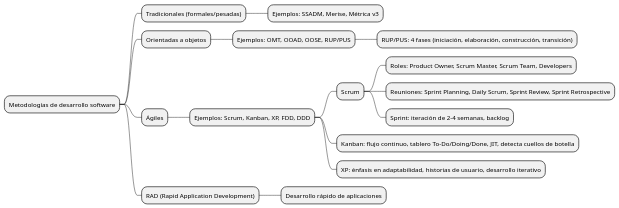
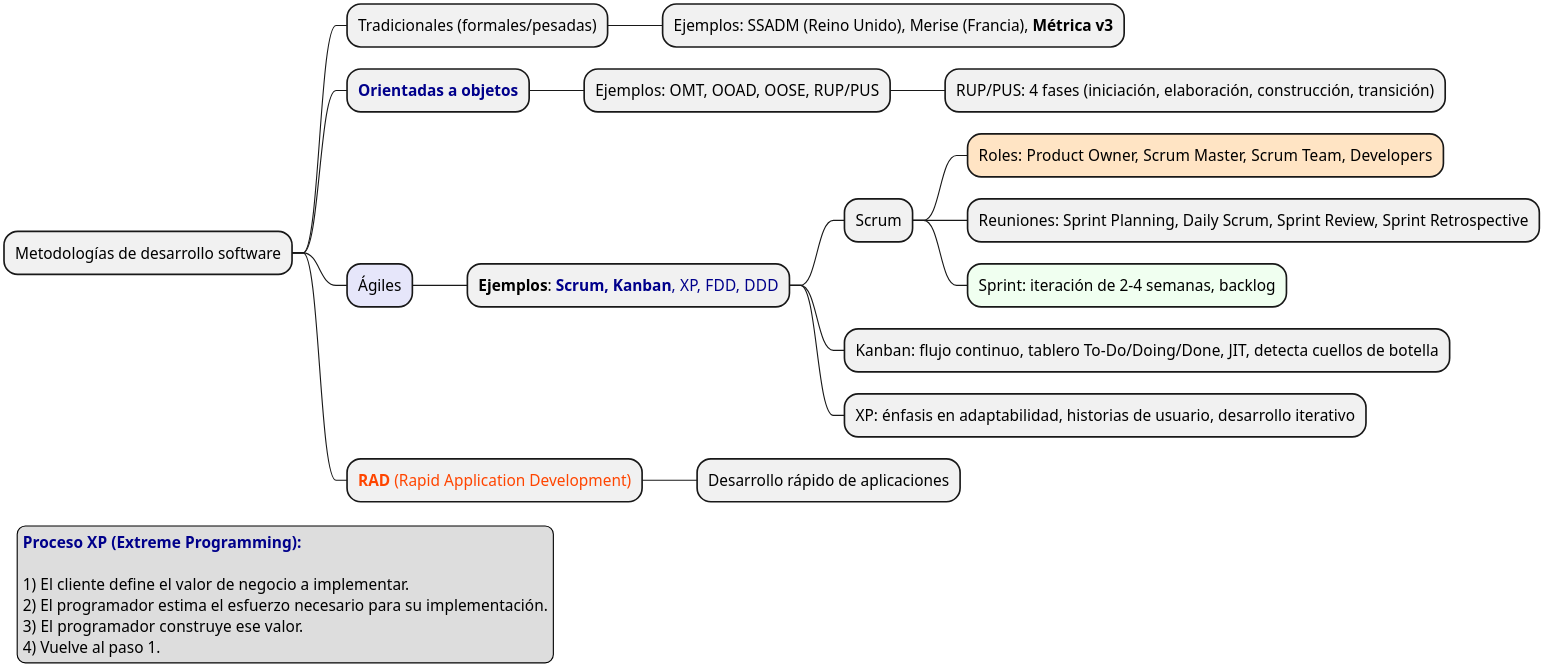
One commit to luisgomezgithub/CursoGit changed the first of 5 diagrams in 5.Metodologias.puml. Above: the diagram before and after it, drawn with PlantUML. The commit also changed other lines of this file and 13 other files, not shown here.

```diff
--- a/5.Metodologias.puml
+++ b/5.Metodologias.puml
@@ -1,18 +1,29 @@
 @startmindmap
+scale 2.5
 * Metodologías de desarrollo software
 ** Tradicionales (formales/pesadas)
-*** Ejemplos: SSADM, Merise, Métrica v3
-** Orientadas a objetos
+*** Ejemplos: SSADM (Reino Unido), Merise (Francia), **Métrica v3**
+** <color darkblue>**Orientadas a objetos**
 *** Ejemplos: OMT, OOAD, OOSE, RUP/PUS
 **** RUP/PUS: 4 fases (iniciación, elaboración, construcción, transición)
-** Ágiles
-*** Ejemplos: Scrum, Kanban, XP, FDD, DDD
+**[#Lavender] Ágiles
+*** **Ejemplos**: <color darkblue>**Scrum, Kanban**, XP, FDD, DDD
 **** Scrum
-***** Roles: Product Owner, Scrum Master, Scrum Team, Developers
+*****[#Bisque] Roles: Product Owner, Scrum Master, Scrum Team, Developers
 ***** Reuniones: Sprint Planning, Daily Scrum, Sprint Review, Sprint Retrospective
-***** Sprint: iteración de 2-4 semanas, backlog
+*****[#HoneyDew] Sprint: iteración de 2-4 semanas, backlog
 **** Kanban: flujo continuo, tablero To-Do/Doing/Done, JIT, detecta cuellos de botella
 **** XP: énfasis en adaptabilidad, historias de usuario, desarrollo iterativo
-** RAD (Rapid Application Development)
+** <color OrangeRed>**RAD** (Rapid Application Development)
 *** Desarrollo rápido de aplicaciones
+
+legend left
+<color darkblue>**Proceso XP (Extreme Programming):**
+
+1) El cliente define el valor de negocio a implementar.
+2) El programador estima el esfuerzo necesario para su implementación.
+3) El programador construye ese valor.
+4) Vuelve al paso 1.
+endlegend
+
 @endmindmap
```
